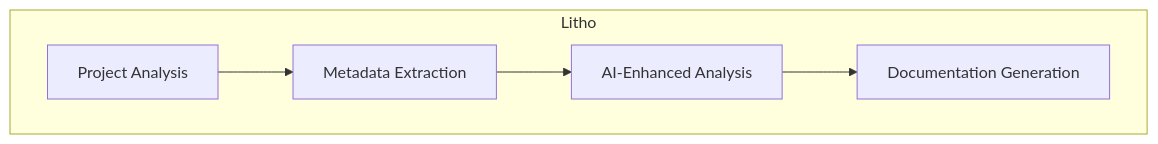
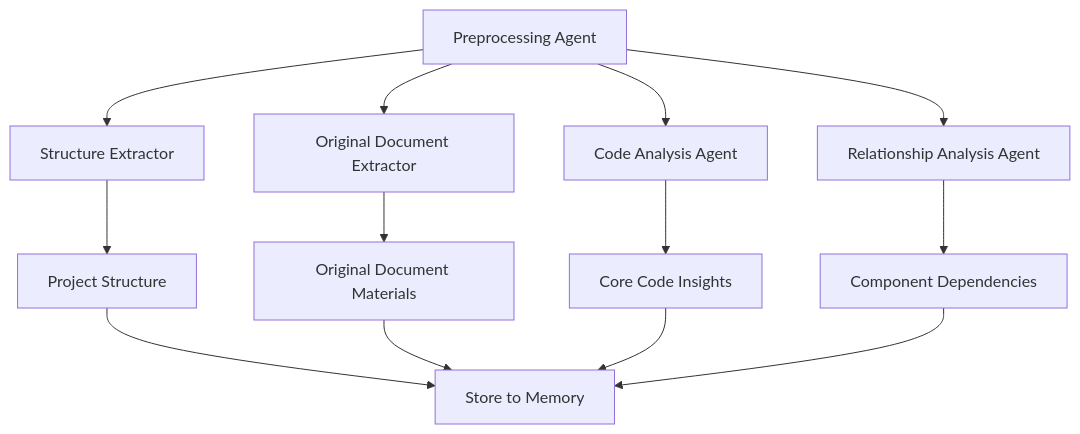
Before and after one commit to BigtoC/deepwiki-rs: the first of 5 diagrams in README.md, drawn with Mermaid. The commit also changed other lines of this file and 1 other file, not shown here.

Commit message:
Revamp README with expanded architecture and usage docs

````diff
--- a/README.md
+++ b/README.md
@@ -61,8 +69,15 @@
 ```mermaid
-graph TD
-    subgraph Litho
-        A[Project Analysis] --> B[Metadata Extraction]
-        B --> C[AI-Enhanced Analysis]
-        C --> D[Documentation Generation]
-    end
+flowchart TD
+A[Preprocessing Agent] --> B[Structure Extractor]
+A --> C[Original Document Extractor]
+A --> D[Code Analysis Agent]
+A --> E[Relationship Analysis Agent]
+B --> F[Project Structure]
+C --> G[Original Document Materials]
+D --> H[Core Code Insights]
+E --> I[Component Dependencies]
+F --> J[Store to Memory]
+G --> J
+H --> J
+I --> J
 ```
````
